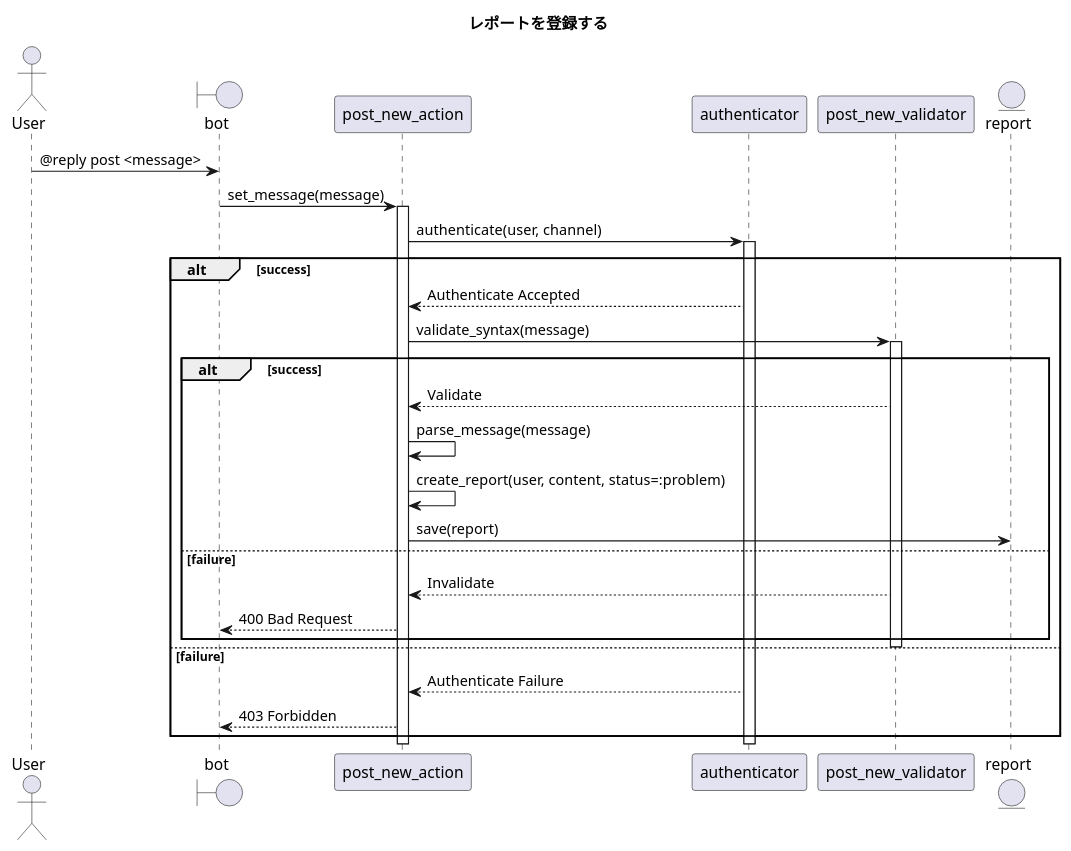
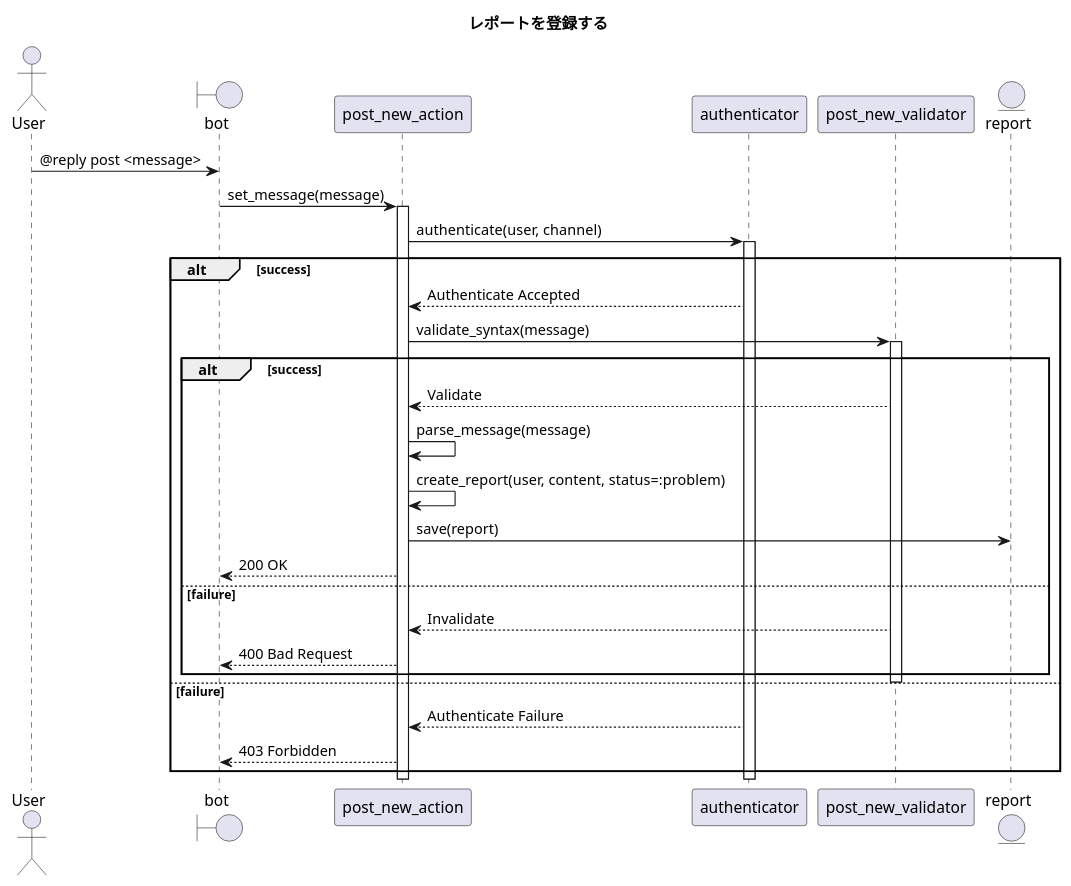
One commit to ito-masam/kpt-guard.doc changed the diagram in 1.design/5.sequences/post-report-new.md. Above: the diagram before and after it, drawn with PlantUML.

Commit message:
シーケンスの新規登録に成功時レスポンスを追加

```diff
--- a/1.design/5.sequences/post-report-new.md
+++ b/1.design/5.sequences/post-report-new.md
@@ -1,42 +1,43 @@
 @startuml
 
     ' ----------- meta
     title レポートを登録する
 
     actor User
     boundary bot
     participant post_new_action
     participant authenticator
     participant post_new_validator
     entity report
 
     ' ----------- main
     User -> bot : @reply post <message>
     bot -> post_new_action : set_message(message)
     activate post_new_action
       post_new_action -> authenticator : authenticate(user, channel)
       activate authenticator
         alt success
           authenticator --> post_new_action : Authenticate Accepted
           post_new_action -> post_new_validator : validate_syntax(message)
           activate post_new_validator
             alt success
               post_new_validator --> post_new_action : Validate
               post_new_action -> post_new_action : parse_message(message)
               post_new_action -> post_new_action : create_report(user, content, status=:problem)
               post_new_action -> report : save(report)
+              post_new_action --> bot : 200 OK
             else failure
               ' ----------- alternative
               post_new_validator --> post_new_action : Invalidate
               post_new_action --> bot : 400 Bad Request
             end
           deactivate post_new_validator
         else failure
           ' ----------- alternative
           authenticator --> post_new_action : Authenticate Failure
           post_new_action --> bot : 403 Forbidden
         end
       deactivate authenticator
     deactivate post_new_action
 
 @enduml
```
